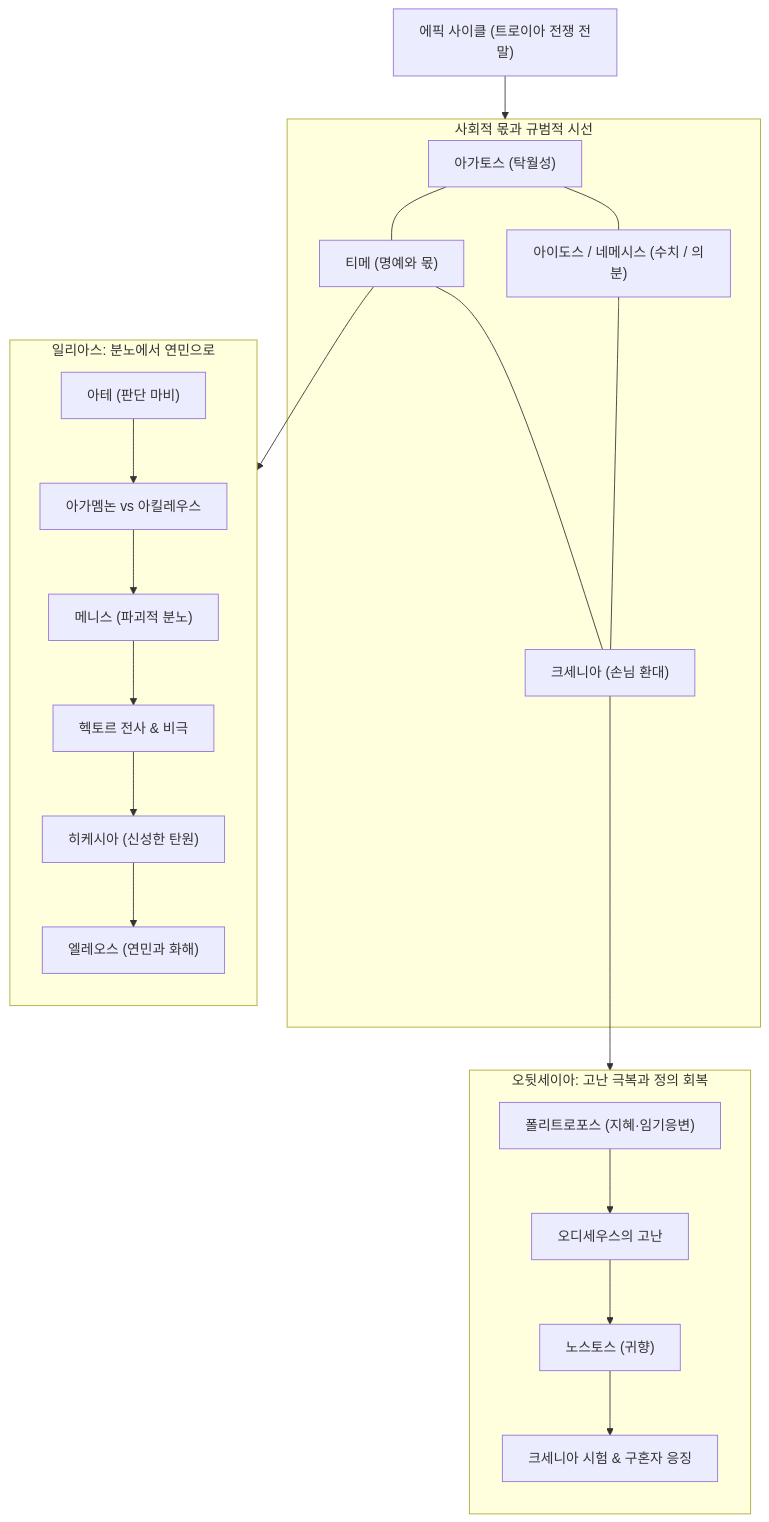
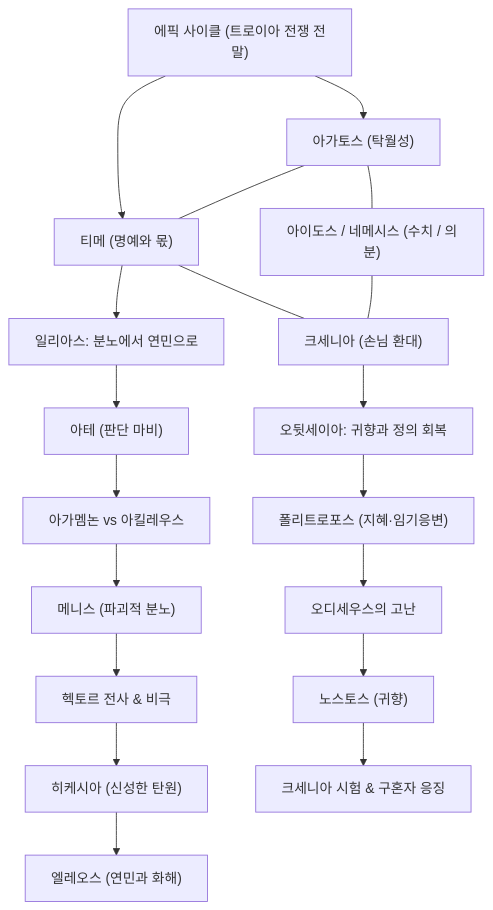
One commit to YgHnSIM/Homer_wiki changed the diagram in wiki/overview.md. Above: the diagram before and after it, drawn with Mermaid. The commit also changed 1 other file, not shown here.

Commit message:
fix(meta): overview.md 서브그래프 컨테이너 제거 및 헤더 노드 카드 전환으로 렌더링 겹침 완전 해소

````diff
--- a/wiki/overview.md
+++ b/wiki/overview.md
@@ -23,31 +23,32 @@
 ```mermaid
 flowchart TD
   Cycle["에픽 사이클 (트로이아 전쟁 전말)"]
 
-  subgraph Order["사회적 몫과 규범적 시선"]
-    Agathos["아가토스 (탁월성)"] --- Time["티메 (명예와 몫)"]
-    AidosNemesis["아이도스 / 네메시스 (수치 / 의분)"] --- Xenia["크세니아 (손님 환대)"]
-    Agathos --- AidosNemesis
-    Time --- Xenia
-  end
+  Agathos["아가토스 (탁월성)"] --- Time["티메 (명예와 몫)"]
+  AidosNemesis["아이도스 / 네메시스 (수치 / 의분)"] --- Xenia["크세니아 (손님 환대)"]
+  Agathos --- AidosNemesis
+  Time --- Xenia
 
-  subgraph Iliad["일리아스: 분노에서 연민으로"]
-    direction TB
-    Ate["아테 (판단 마비)"] --> Conflict["아가멤논 vs 아킬레우스"]
-    Conflict --> Menis["메니스 (파괴적 분노)"]
-    Menis --> Tragedy["헥토르 전사 & 비극"]
-    Tragedy --> Hikesia["히케시아 (신성한 탄원)"]
-    Hikesia --> Eleos["엘레오스 (연민과 화해)"]
-  end
+  Iliad["일리아스: 분노에서 연민으로"]
+  Ate["아테 (판단 마비)"]
+  Conflict["아가멤논 vs 아킬레우스"]
+  Menis["메니스 (파괴적 분노)"]
+  Tragedy["헥토르 전사 & 비극"]
+  Hikesia["히케시아 (신성한 탄원)"]
+  Eleos["엘레오스 (연민과 화해)"]
 
-  subgraph Odyssey["오뒷세이아: 고난 극복과 정의 회복"]
-    direction TB
-    Polytropos["폴리트로포스 (지혜·임기응변)"] --> Ody["오디세우스의 고난"]
-    Ody --> Nostos["노스토스 (귀향)"]
-    Nostos --> Judgment["크세니아 시험 & 구혼자 응징"]
-  end
+  Odyssey["오뒷세이아: 귀향과 정의 회복"]
+  Polytropos["폴리트로포스 (지혜·임기응변)"]
+  Ody["오디세우스의 고난"]
+  Nostos["노스토스 (귀향)"]
+  Judgment["크세니아 시험 & 구혼자 응징"]
 
-  Cycle --> Order
-  Time --> Ate
-  Xenia --> Polytropos
+  Cycle --> Agathos
+  Cycle --> Time
+
+  Time --> Iliad
+  Iliad --> Ate --> Conflict --> Menis --> Tragedy --> Hikesia --> Eleos
+
+  Xenia --> Odyssey
+  Odyssey --> Polytropos --> Ody --> Nostos --> Judgment
 ```
````
